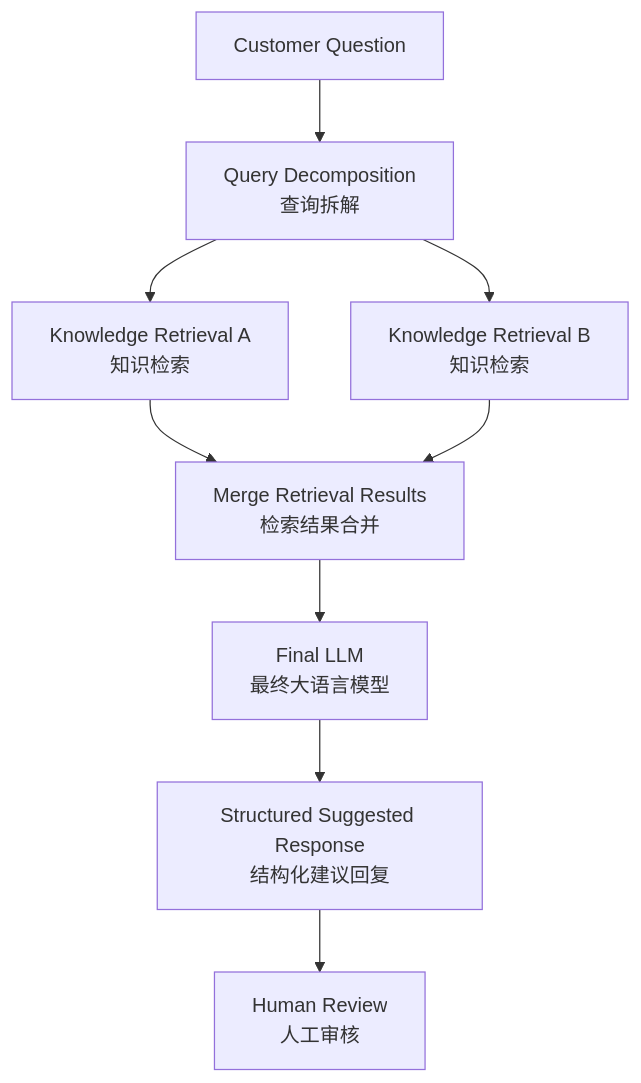
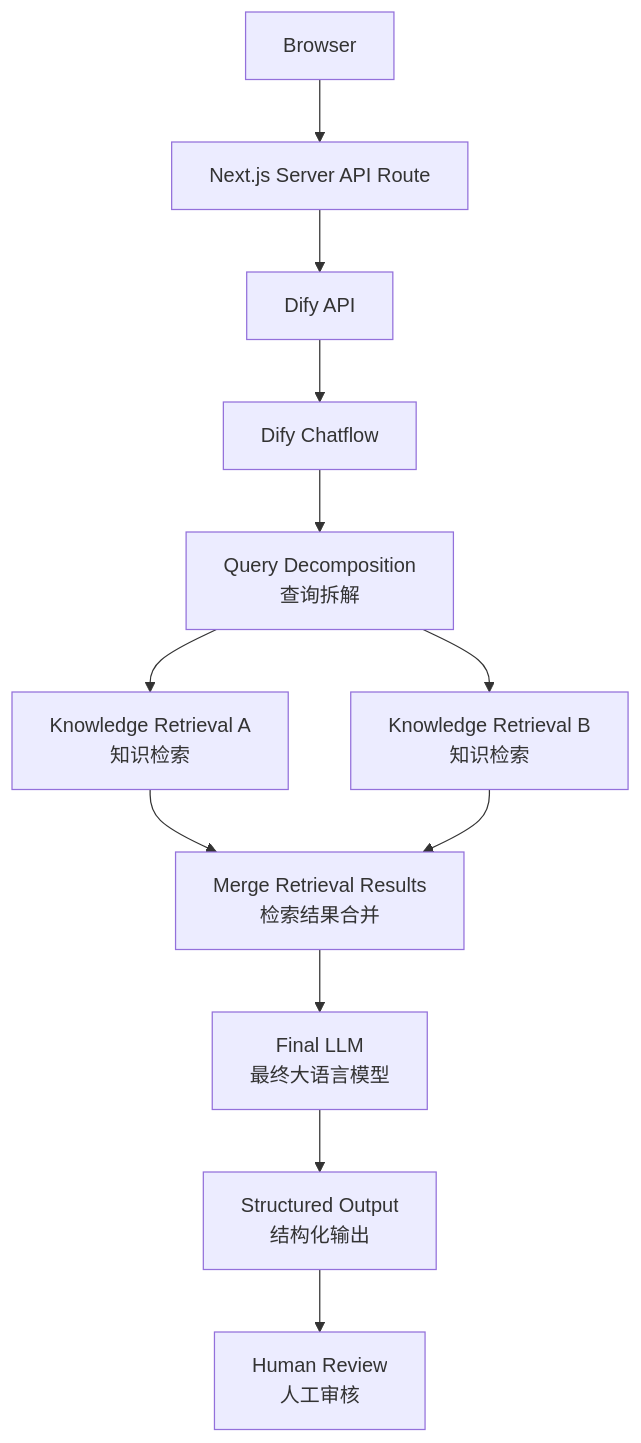
The diagram in README.md (GloriaCute/ai-customer-service-copilot), drawn with Mermaid before and after one commit. The commit also changed other lines of this file, not shown here.

````diff
--- a/README.md
+++ b/README.md
@@ -54,11 +91,14 @@
 ```mermaid
 flowchart TD
-    Q[Customer Question] --> D[Query Decomposition\n查询拆解]
+    B[Browser] --> A[Next.js Server API Route]
+    A --> API[Dify API]
+    API --> C[Dify Chatflow]
+    C --> D[Query Decomposition\n查询拆解]
     D --> R1[Knowledge Retrieval A\n知识检索]
     D --> R2[Knowledge Retrieval B\n知识检索]
     R1 --> M[Merge Retrieval Results\n检索结果合并]
     R2 --> M
     M --> L[Final LLM\n最终大语言模型]
-    L --> S[Structured Suggested Response\n结构化建议回复]
+    L --> S[Structured Output\n结构化输出]
     S --> H[Human Review\n人工审核]
 ```
````
